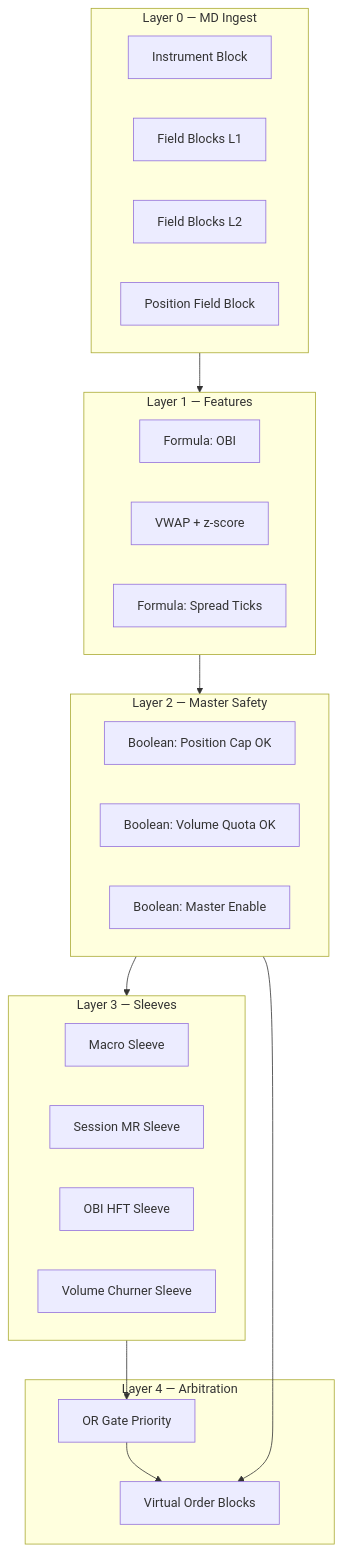
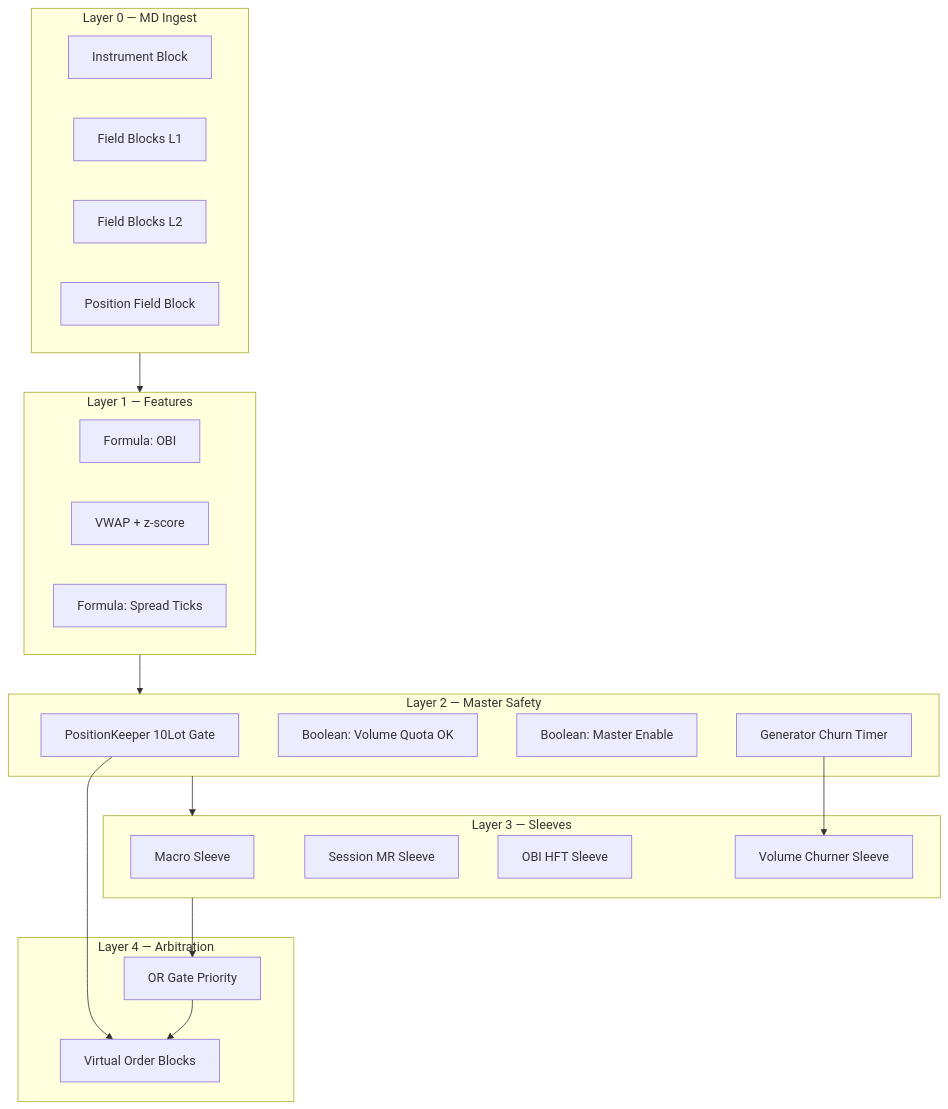
One commit to abhinavjohal/axela changed the first of 4 diagrams in zn_competition/TT_ADL_SPECIFICATION.md. Above: the diagram before and after it, drawn with Mermaid. The commit also changed other lines of this file, not shown here.

First line of the commit message:
Expand TT ADL spec with OBI formulas, Position Keeper gate, and churn timer.

````diff
--- a/zn_competition/TT_ADL_SPECIFICATION.md
+++ b/zn_competition/TT_ADL_SPECIFICATION.md
@@ -25,31 +27,33 @@
 ```mermaid
 flowchart TB
   subgraph L0 [Layer 0 — MD Ingest]
     IB[Instrument Block]
     FB_L1[Field Blocks L1]
     FB_L2[Field Blocks L2]
     POS[Position Field Block]
   end
   subgraph L1 [Layer 1 — Features]
     FML_OBI[Formula: OBI]
     FML_VWAP[VWAP + z-score]
     FML_SPR[Formula: Spread Ticks]
   end
   subgraph L2 [Layer 2 — Master Safety]
-    BOOL_CAP[Boolean: Position Cap OK]
+    PK[PositionKeeper 10Lot Gate]
     BOOL_VOL[Boolean: Volume Quota OK]
     BOOL_KILL[Boolean: Master Enable]
+    GEN[Generator Churn Timer]
   end
   subgraph L3 [Layer 3 — Sleeves]
     MAC[Macro Sleeve]
     MR[Session MR Sleeve]
     OBI[OBI HFT Sleeve]
     CHURN[Volume Churner Sleeve]
   end
   subgraph L4 [Layer 4 — Arbitration]
     OR_PRI[OR Gate Priority]
     VOB[Virtual Order Blocks]
   end
   L0 --> L1 --> L2 --> L3 --> OR_PRI --> VOB
-  L2 --> VOB
+  PK --> VOB
+  GEN --> CHURN
 ```
````
